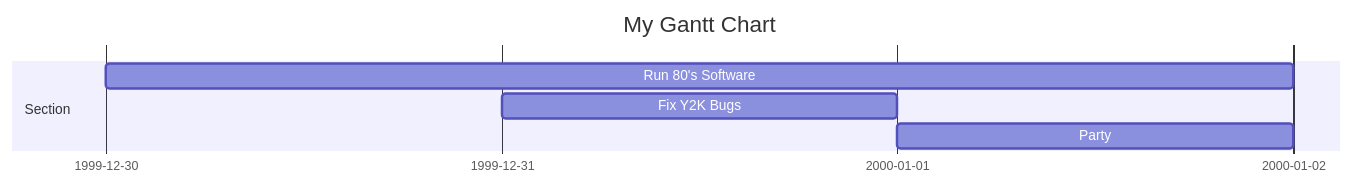
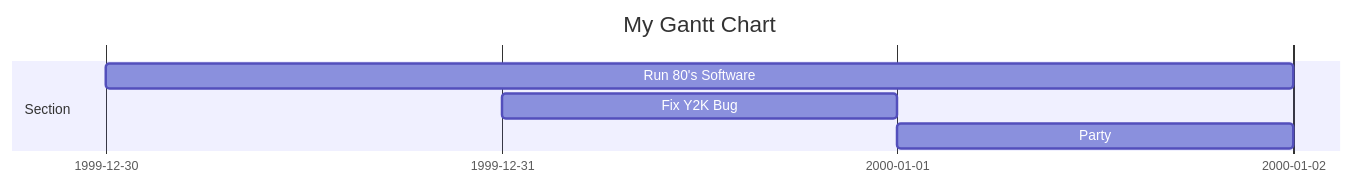
Before and after one commit to fhnw-imvs/fhnw-ipro-indoor-climate: the diagram in level-0/README.md, drawn with Mermaid.

````diff
--- a/level-0/README.md
+++ b/level-0/README.md
@@ -42,10 +42,10 @@
 ```mermaid
 gantt
     title My Gantt Chart
     dateFormat YYYY-MM-DD
     tickInterval 1day
     section Section
     Run 80's Software :t0, 1999-12-30, 3d
-    Fix Y2K Bugs      :t1, 1999-12-31, 1d
+    Fix Y2K Bug       :t1, 1999-12-31, 1d
     Party             :t2, after t1, 1d
 ```
````
